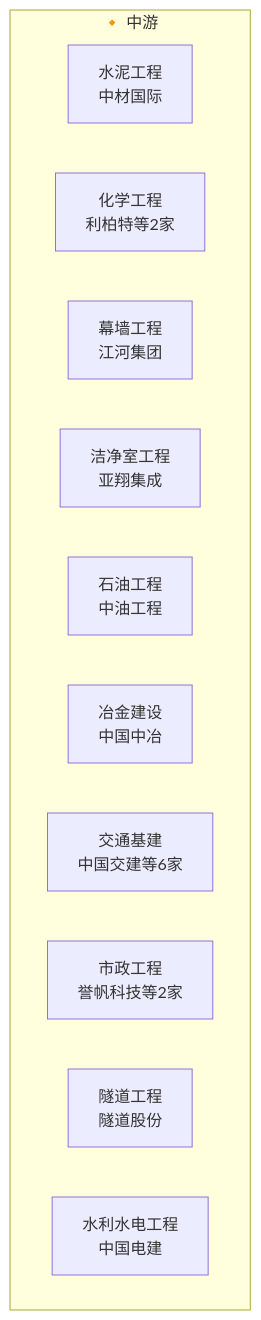
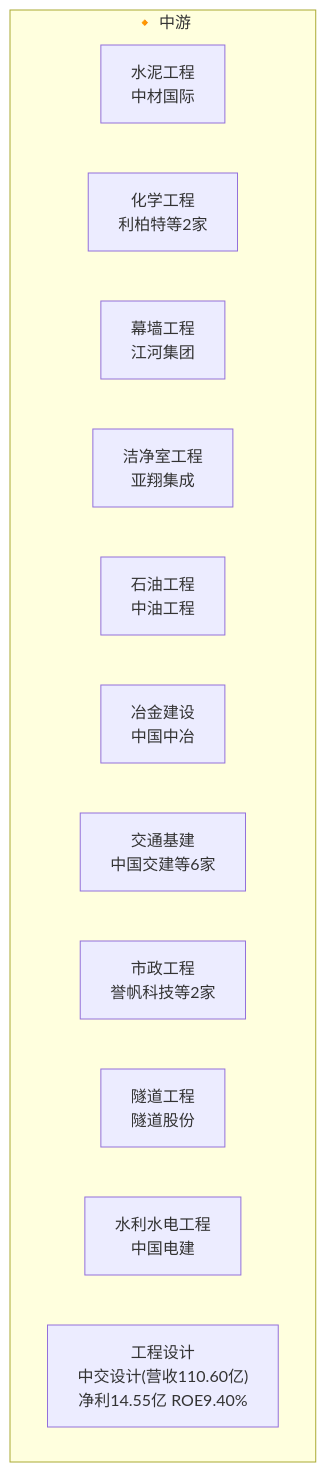
The diagram in industry/wiki/industries/建筑装饰产业链.md (zhangbo1882/open-industry), drawn with Mermaid before and after one commit. The commit also changed other lines of this file and 7 other files, not shown here.

````diff
--- a/industry/wiki/industries/建筑装饰产业链.md
+++ b/industry/wiki/industries/建筑装饰产业链.md
@@ -17,15 +17,16 @@
 ```mermaid
 flowchart TB
     subgraph midstream["🔸 中游"]
         水泥工程["水泥工程<br/>中材国际"]
         化学工程["化学工程<br/>利柏特等2家"]
         幕墙工程["幕墙工程<br/>江河集团"]
         洁净室工程["洁净室工程<br/>亚翔集成"]
         石油工程["石油工程<br/>中油工程"]
         冶金建设["冶金建设<br/>中国中冶"]
         交通基建["交通基建<br/>中国交建等6家"]
         市政工程["市政工程<br/>誉帆科技等2家"]
         隧道工程["隧道工程<br/>隧道股份"]
         水利水电工程["水利水电工程<br/>中国电建"]
+       工程设计["工程设计<br/>中交设计(营收110.60亿)<br/>净利14.55亿 ROE9.40%"]
     end
 ```
````
